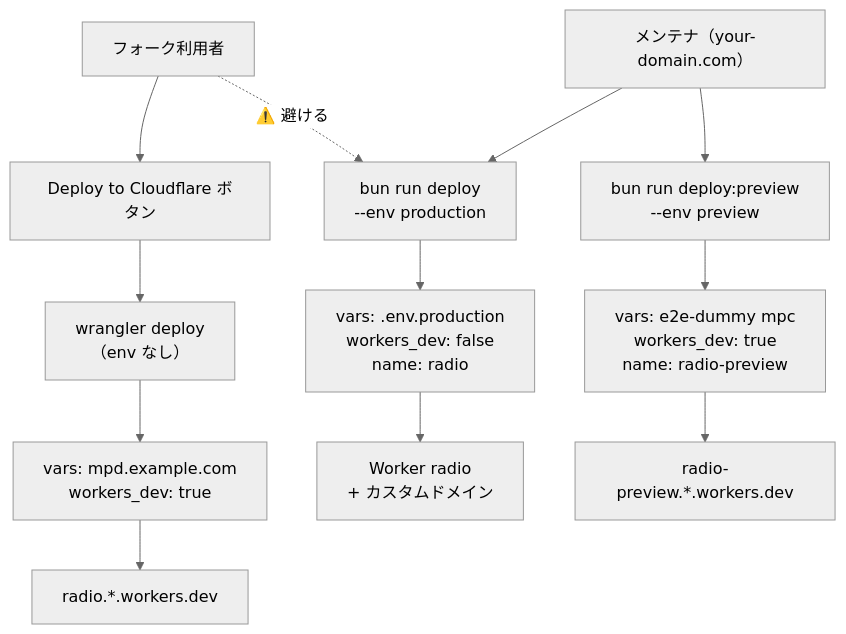
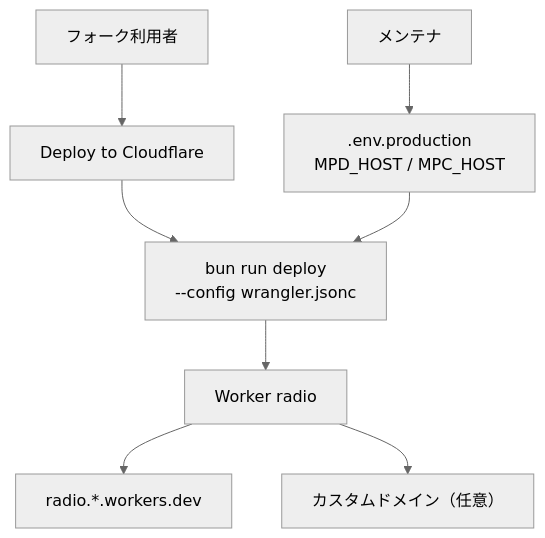
Before and after one commit to budybye/radio: the third of 8 diagrams in docs/diagrams.md, drawn with Mermaid (neutral theme). The commit also changed other lines of this file and 15 other files, not shown here.

First line of the commit message:
refactor(deploy): single Worker radio, drop production/preview envs

````diff
--- a/docs/diagrams.md
+++ b/docs/diagrams.md
@@ -84,30 +84,19 @@
 ```mermaid
 flowchart TD
   Fork["フォーク利用者"]
-  Maintainer["メンテナ（your-domain.com）"]
-  Btn["Deploy to Cloudflare ボタン"]
-  WranglerDefault["wrangler deploy<br/>（env なし）"]
-  BunDeploy["bun run deploy<br/>--env production"]
-  PreviewDeploy["bun run deploy:preview<br/>--env preview"]
-  ForkVars["vars: mpd.example.com<br/>workers_dev: true"]
-  ProdVars["vars: .env.production<br/>workers_dev: false<br/>name: radio"]
-  PreviewVars["vars: e2e-dummy mpc<br/>workers_dev: true<br/>name: radio-preview"]
-  ForkWorker["radio.*.workers.dev"]
-  ProdWorker["Worker radio<br/>+ カスタムドメイン"]
-  PreviewWorker["radio-preview.*.workers.dev"]
+  Maintainer["メンテナ"]
+  Btn["Deploy to Cloudflare"]
+  Deploy["bun run deploy<br/>--config wrangler.jsonc"]
+  EnvProd[".env.production<br/>MPD_HOST / MPC_HOST"]
+  Worker["Worker radio"]
+  WorkersDev["radio.*.workers.dev"]
+  Custom["カスタムドメイン（任意）"]
 
   Fork --> Btn
-  Btn --> WranglerDefault
-  WranglerDefault --> ForkVars
-  ForkVars --> ForkWorker
-
-  Maintainer --> BunDeploy
-  BunDeploy --> ProdVars
-  ProdVars --> ProdWorker
-
-  Maintainer --> PreviewDeploy
-  PreviewDeploy --> PreviewVars
-  PreviewVars --> PreviewWorker
-
-  Fork -.->|⚠️ 避ける| BunDeploy
+  Btn --> Deploy
+  Maintainer --> EnvProd
+  EnvProd --> Deploy
+  Deploy --> Worker
+  Worker --> WorkersDev
+  Worker --> Custom
 ```
````
